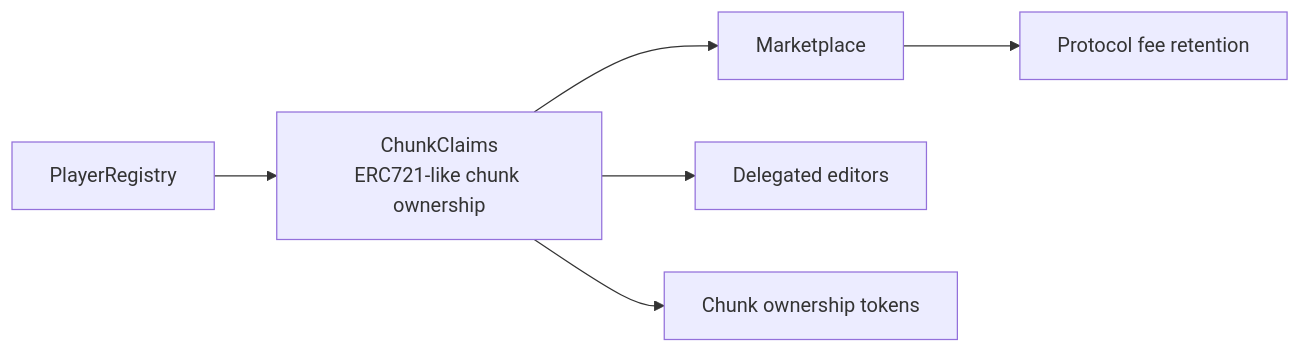
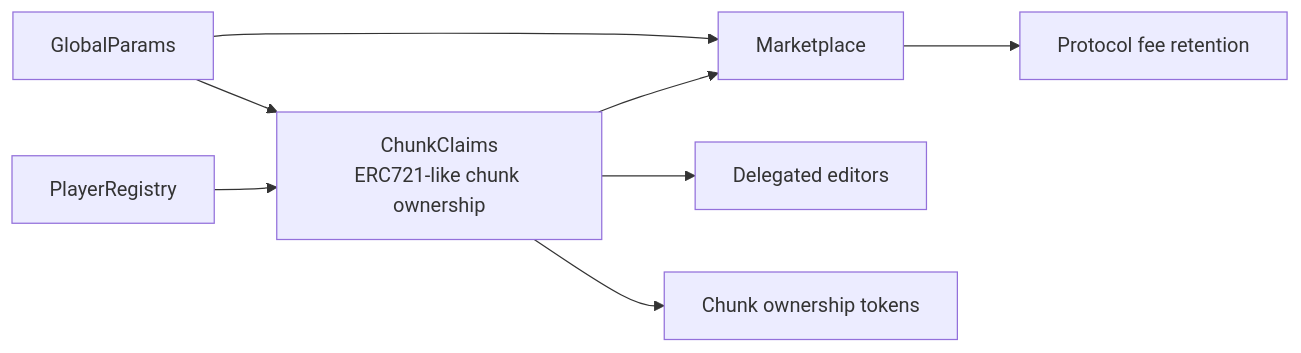
Before and after one commit to luppichristian/OpenRealm: the fourth of 4 diagrams in README.md, drawn with Mermaid. The commit also changed other lines of this file and 9 other files, not shown here.

Commit message:
feat(blockchain): add global chunk pricing params

````diff
--- a/README.md
+++ b/README.md
@@ -80,12 +80,15 @@
 ```mermaid
 flowchart LR
+  Params[GlobalParams]
   Registry[PlayerRegistry]
   Claims[ChunkClaims\nERC721-like chunk ownership]
   Market[Marketplace]
 
+  Params --> Claims
+  Params --> Market
   Registry --> Claims
   Claims --> Market
   Market --> Fees[Protocol fee retention]
   Claims --> Editors[Delegated editors]
   Claims --> Tokens[Chunk ownership tokens]
 ```
````
